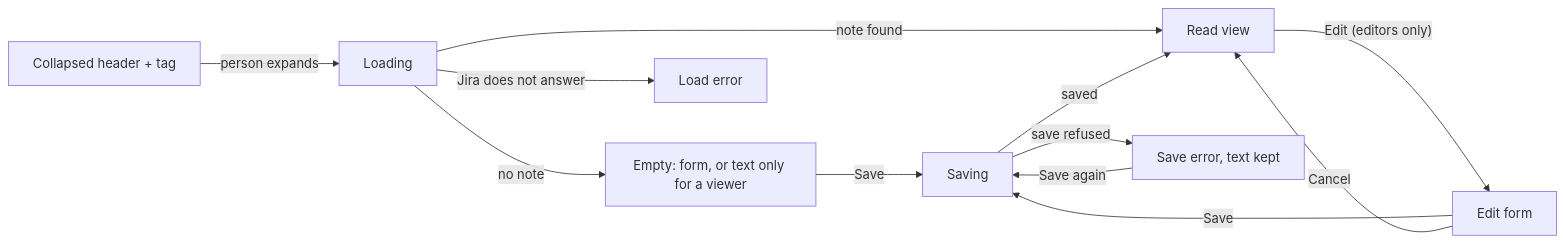
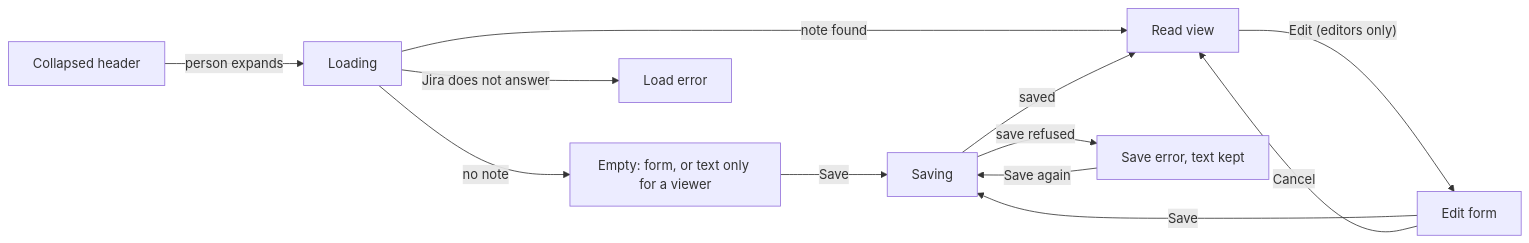
The second of 5 diagrams in docs/specs/stand-note.md (dzaffren/dogear), drawn with Mermaid before and after one commit. The commit also changed other lines of this file and 2 other files, not shown here.

````diff
--- a/docs/specs/stand-note.md
+++ b/docs/specs/stand-note.md
@@ -143,14 +142,14 @@
 ```mermaid
 flowchart LR
-    C["Collapsed header + tag"] -- "person expands" --> L[Loading]
+    C["Collapsed header"] -- "person expands" --> L[Loading]
     L -- "no note" --> E["Empty: form, or text only for a viewer"]
     L -- "note found" --> R[Read view]
     L -- "Jira does not answer" --> X[Load error]
     R -- "Edit (editors only)" --> F[Edit form]
     E -- "Save" --> S[Saving]
     F -- "Save" --> S
     F -- "Cancel" --> R
     S -- "saved" --> R
     S -- "save refused" --> W["Save error, text kept"]
     W -- "Save again" --> S
 ```
````
